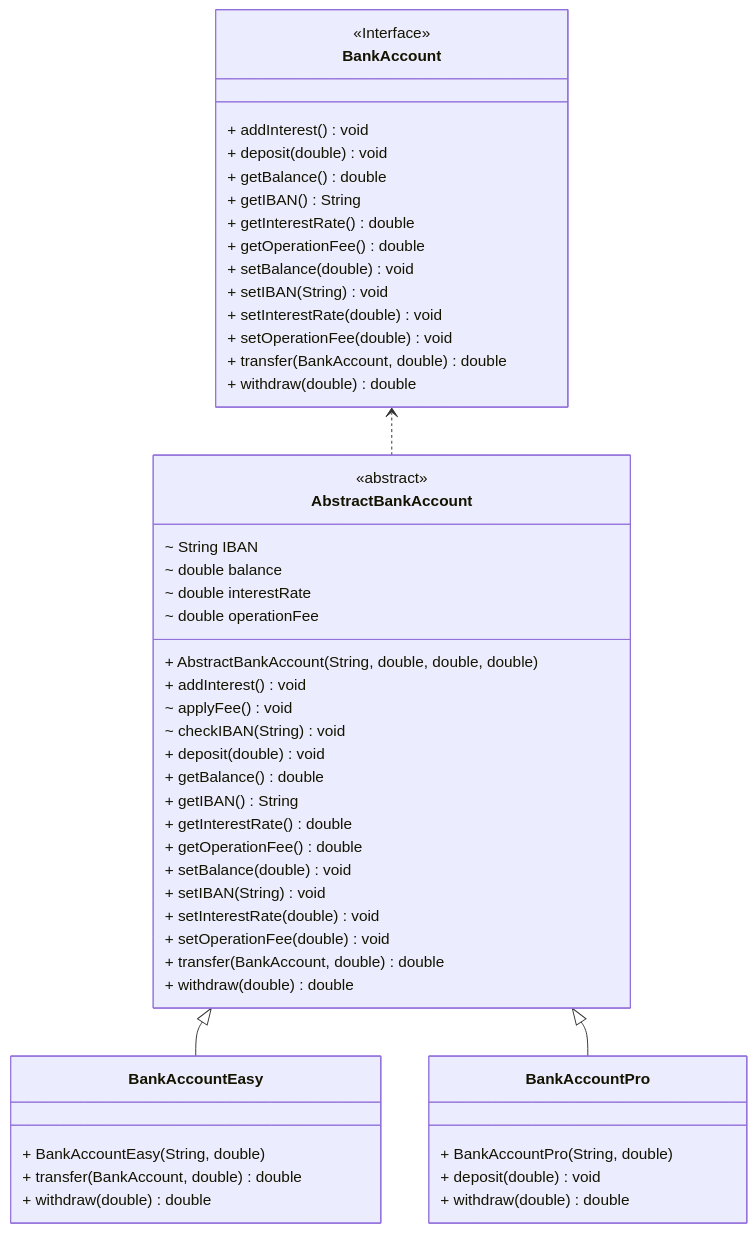
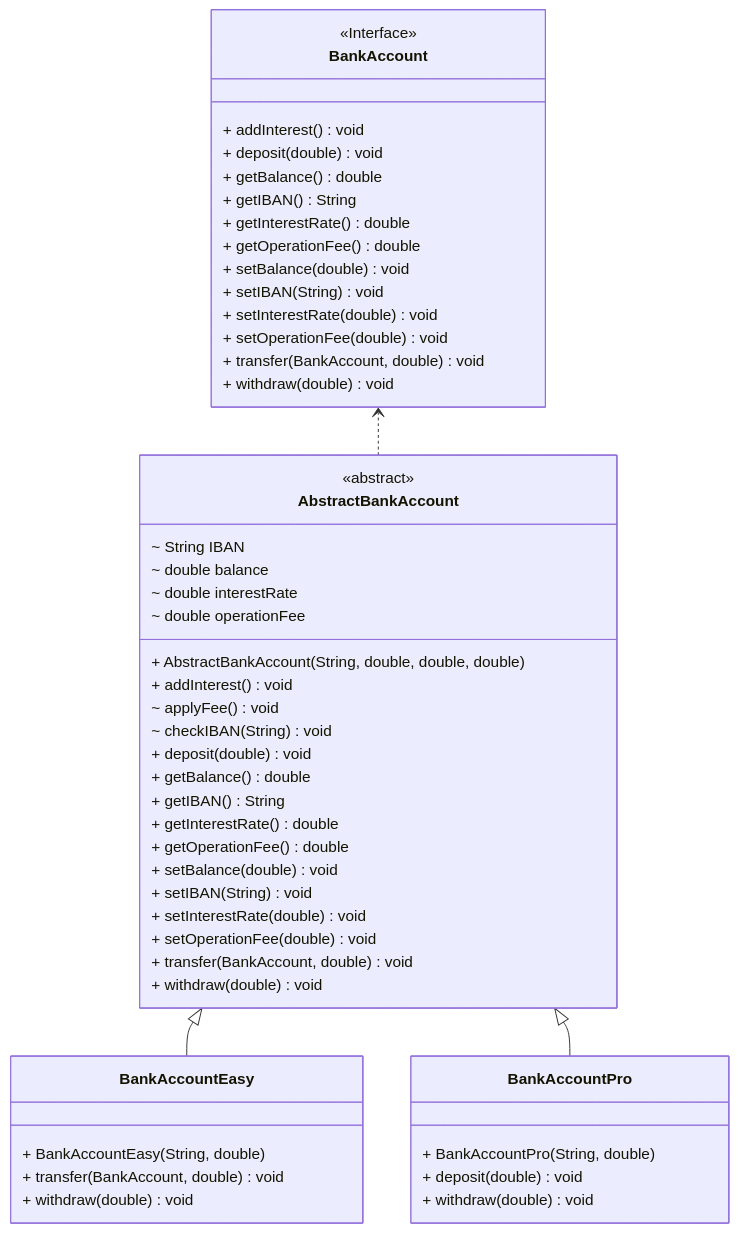
Before and after one commit to MarinCervinschi/ObjectOrientedProgramming: the tenth of 13 diagrams in exercices/src/main/java/oop/README.md, drawn with Mermaid. The commit also changed 5 other files, not shown here.

````diff
--- a/exercices/src/main/java/oop/README.md
+++ b/exercices/src/main/java/oop/README.md
@@ -349,55 +349,55 @@
 ```mermaid
 classDiagram
 direction BT
 class AbstractBankAccount {
   <<abstract>>
   ~ String IBAN
   ~ double balance
   ~ double interestRate
   ~ double operationFee
   + AbstractBankAccount(String, double, double, double)
   + addInterest() void
   ~ applyFee() void
   ~ checkIBAN(String) void
   + deposit(double) void
   + getBalance() double
   + getIBAN() String
   + getInterestRate() double
   + getOperationFee() double
   + setBalance(double) void
   + setIBAN(String) void
   + setInterestRate(double) void
   + setOperationFee(double) void
-  + transfer(BankAccount, double) double
-  + withdraw(double) double
+  + transfer(BankAccount, double) void
+  + withdraw(double) void
 }
 class BankAccount {
   <<Interface>>
   + addInterest() void
   + deposit(double) void
   + getBalance() double
   + getIBAN() String
   + getInterestRate() double
   + getOperationFee() double
   + setBalance(double) void
   + setIBAN(String) void
   + setInterestRate(double) void
   + setOperationFee(double) void
-  + transfer(BankAccount, double) double
-  + withdraw(double) double
+  + transfer(BankAccount, double) void
+  + withdraw(double) void
 }
 class BankAccountEasy {
   + BankAccountEasy(String, double)
-  + transfer(BankAccount, double) double
-  + withdraw(double) double
+  + transfer(BankAccount, double) void
+  + withdraw(double) void
 }
 class BankAccountPro {
   + BankAccountPro(String, double)
   + deposit(double) void
-  + withdraw(double) double
+  + withdraw(double) void
 }
 
 AbstractBankAccount  ..>  BankAccount
 BankAccountEasy  --|>  AbstractBankAccount
 BankAccountPro  --|>  AbstractBankAccount
 ```
````
